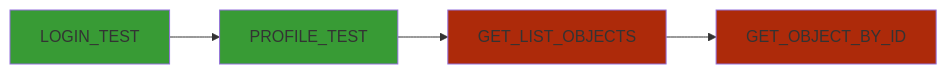
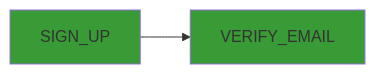
Before and after one commit to kintell33/apit-core: the diagram in README.md, drawn with Mermaid. The commit also changed other lines of this file, not shown here.

````diff
--- a/README.md
+++ b/README.md
@@ -204,10 +110,6 @@
 ```mermaid
 graph LR
-LOGIN_TEST --> PROFILE_TEST
-PROFILE_TEST --> GET_LIST_OBJECTS
-GET_LIST_OBJECTS --> GET_OBJECT_BY_ID
-style LOGIN_TEST fill:#389B35
-style PROFILE_TEST fill:#389B35
-style GET_LIST_OBJECTS fill:#AD2A0A
-style GET_OBJECT_BY_ID fill:#AD2A0A
+SIGN_UP --> VERIFY_EMAIL
+style SIGN_UP fill:#389B35
+style VERIFY_EMAIL fill:#389B35
 ```
````
